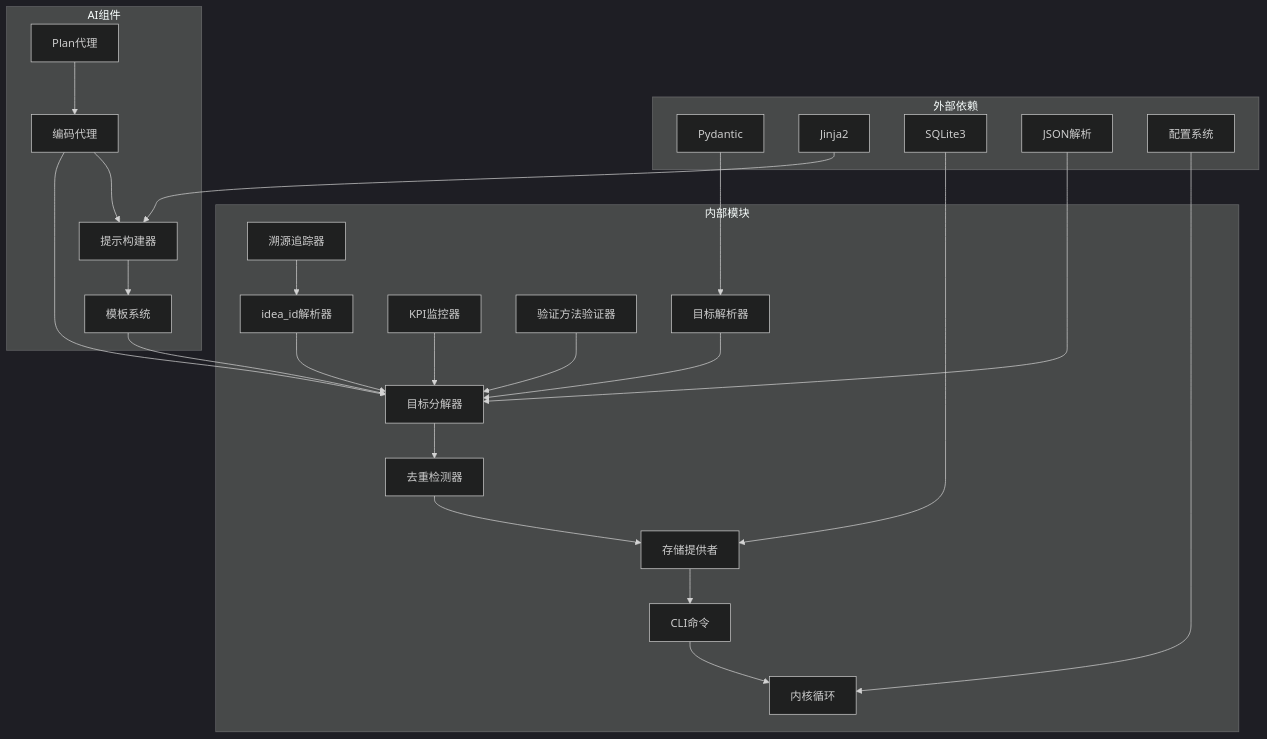
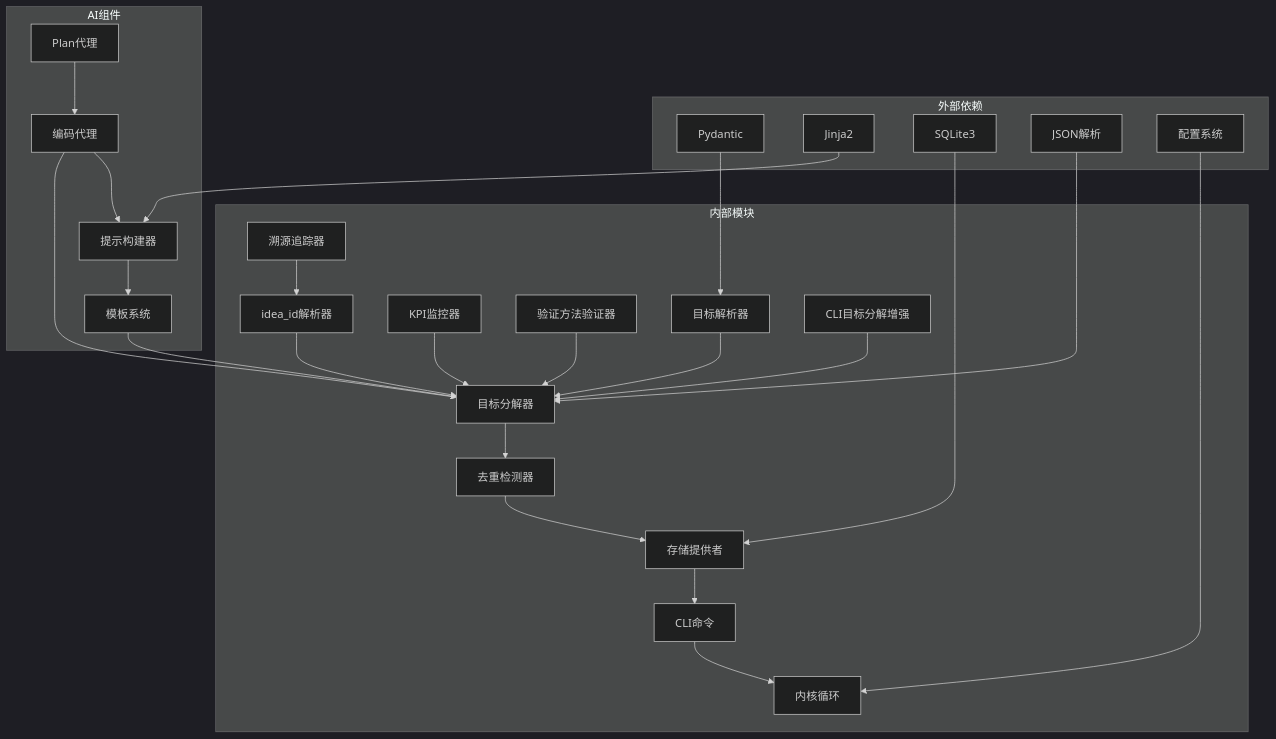
Diagram 14 of 14 in .qoder/repowiki/zh/content/技术实现参考/自动目标分解功能.md (pinsonchen/vivify), drawn with Mermaid (dark theme) before and after one commit. The commit also changed other lines of this file and 102 other files, not shown here.

````diff
--- a/.qoder/repowiki/zh/content/技术实现参考/自动目标分解功能.md
+++ b/.qoder/repowiki/zh/content/技术实现参考/自动目标分解功能.md
@@ -716,47 +790,49 @@
 ```mermaid
 graph TB
 subgraph "外部依赖"
 A[Pydantic]
 B[Jinja2]
 C[SQLite3]
 D[JSON解析]
 E[配置系统]
 end
 subgraph "内部模块"
 F[目标解析器]
 G[目标分解器]
 H[去重检测器]
 I[存储提供者]
 J[CLI命令]
 K[内核循环]
 L[KPI监控器]
 M[验证方法验证器]
 N[idea_id解析器]
 O[溯源追踪器]
+P[CLI目标分解增强]
 end
 subgraph "AI组件"
-P[编码代理]
-Q[提示构建器]
-R[模板系统]
-S[Plan代理]
+Q[编码代理]
+R[提示构建器]
+S[模板系统]
+T[Plan代理]
 end
 A --> F
-B --> Q
+B --> R
 C --> I
 D --> G
 E --> K
 F --> G
 G --> H
 H --> I
 I --> J
 J --> K
-P --> Q
 Q --> R
-R --> G
-S --> P
-P --> G
+R --> S
+S --> G
+T --> Q
+Q --> G
 L --> G
 M --> G
 N --> G
 O --> N
+P --> G
 ```
````
